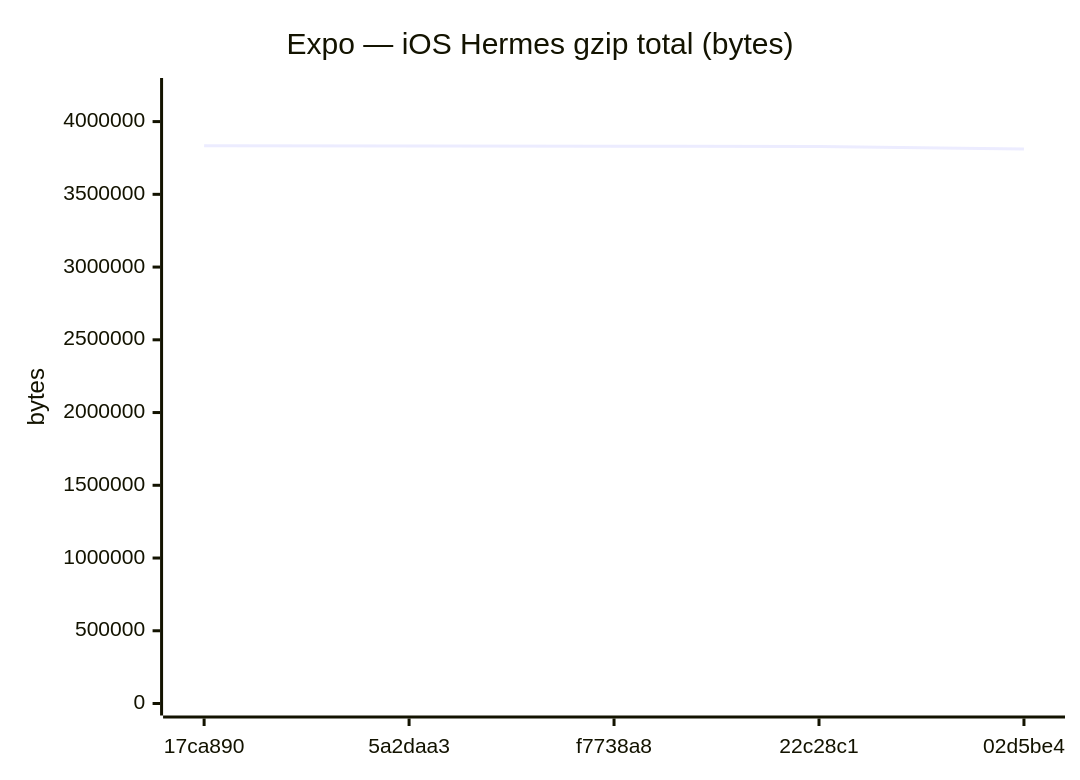
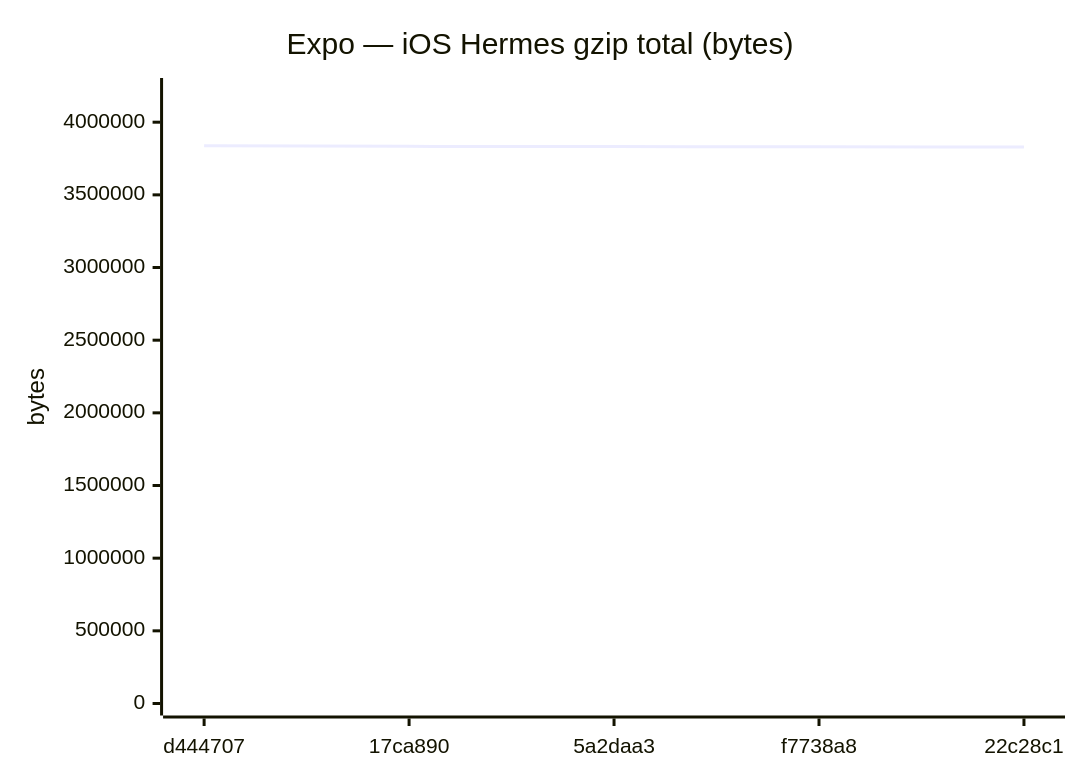
One commit to Metaheurist/Rianell changed diagram 12 of 18 in benchmarks/compare.md. Above: the diagram before and after it, drawn with Mermaid. The commit also changed other lines of this file and 11 other files, not shown here.

````diff
--- a/benchmarks/compare.md
+++ b/benchmarks/compare.md
@@ -179,7 +179,7 @@
 ```mermaid
 xychart-beta
     title "Expo — iOS Hermes gzip total (bytes)"
-    x-axis ["17ca890", "5a2daa3", "f7738a8", "22c28c1", "02d5be4"]
-    y-axis "bytes" 0 --> 4217149
-    line [3833771, 3832292, 3830296, 3828818, 3810818]
+    x-axis ["d444707", "17ca890", "5a2daa3", "f7738a8", "22c28c1"]
+    y-axis "bytes" 0 --> 4221541
+    line [3837764, 3833771, 3832292, 3830296, 3828818]
 ```
````
